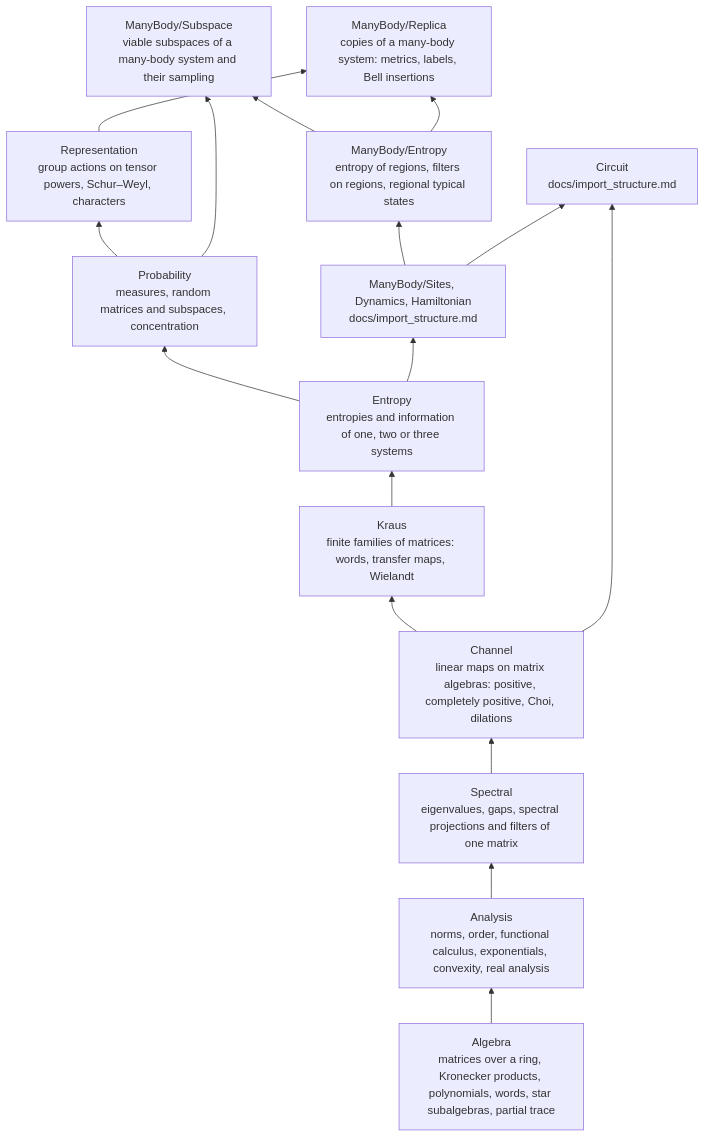
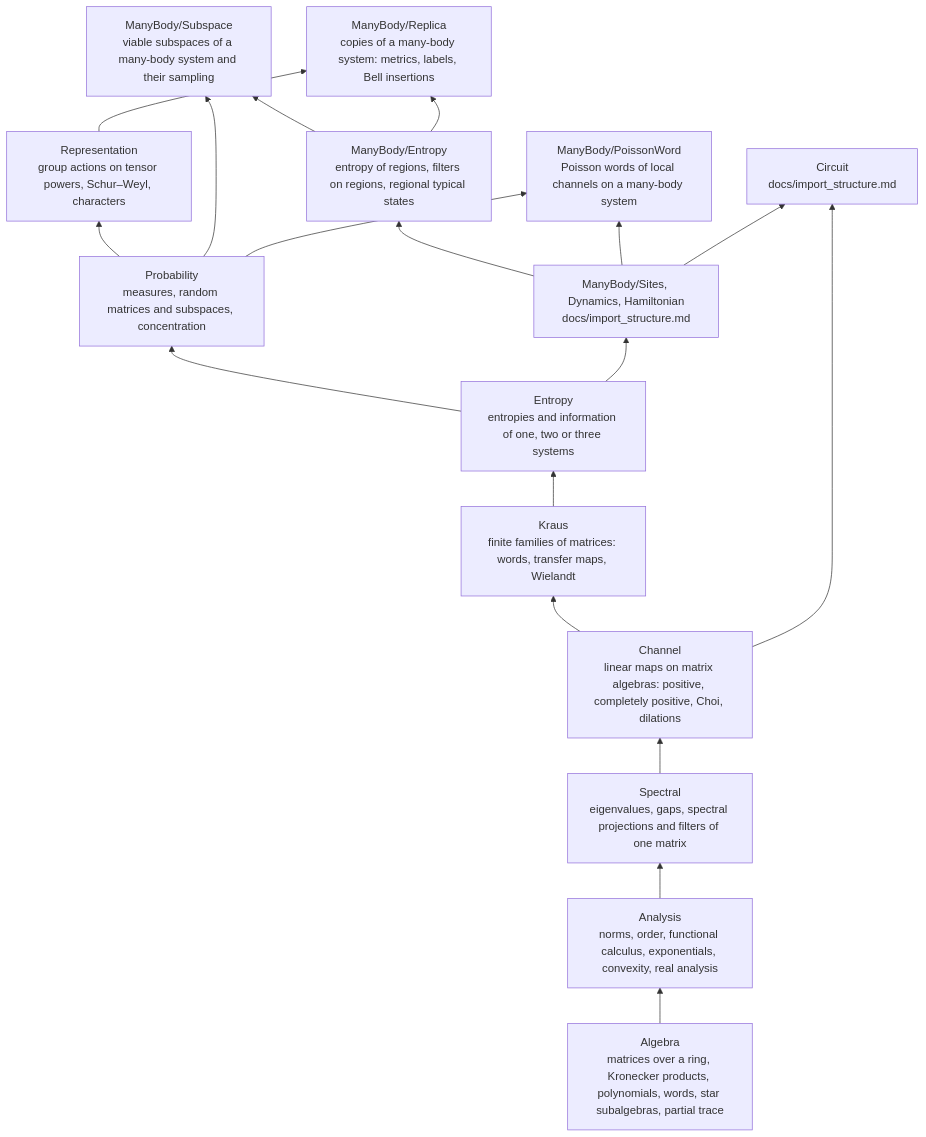
The diagram in docs/library_layers.md (LionSR/QICLean), drawn with Mermaid before and after one commit. The commit also changed other lines of this file and 19 other files, not shown here.

Commit message:
refactor(ManyBody): move the channel words from the area law, in a layer ManyBody/PoissonWord

````diff
--- a/docs/library_layers.md
+++ b/docs/library_layers.md
@@ -29,25 +29,28 @@
 ```mermaid
 flowchart BT
   AL["Algebra<br/>matrices over a ring, Kronecker products, polynomials, words, star subalgebras, partial trace"]
   AN["Analysis<br/>norms, order, functional calculus, exponentials, convexity, real analysis"]
   SP["Spectral<br/>eigenvalues, gaps, spectral projections and filters of one matrix"]
   CH["Channel<br/>linear maps on matrix algebras: positive, completely positive, Choi, dilations"]
   KR["Kraus<br/>finite families of matrices: words, transfer maps, Wielandt"]
   EN["Entropy<br/>entropies and information of one, two or three systems"]
   PR["Probability<br/>measures, random matrices and subspaces, concentration"]
   RE["Representation<br/>group actions on tensor powers, Schur–Weyl, characters"]
   S["ManyBody/Sites, Dynamics, Hamiltonian<br/>docs/import_structure.md"]
   ME["ManyBody/Entropy<br/>entropy of regions, filters on regions, regional typical states"]
   MS["ManyBody/Subspace<br/>viable subspaces of a many-body system and their sampling"]
   MR["ManyBody/Replica<br/>copies of a many-body system: metrics, labels, Bell insertions"]
+  MP["ManyBody/PoissonWord<br/>Poisson words of local channels on a many-body system"]
   C["Circuit<br/>docs/import_structure.md"]
   AL --> AN --> SP --> CH --> KR --> EN --> PR --> RE
   EN --> S
   S --> ME
   ME --> MS
   ME --> MR
   PR --> MS
   RE --> MR
+  S --> MP
+  PR --> MP
   CH --> C
   S --> C
 ```
````
